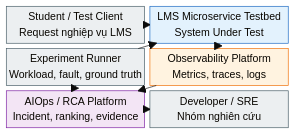
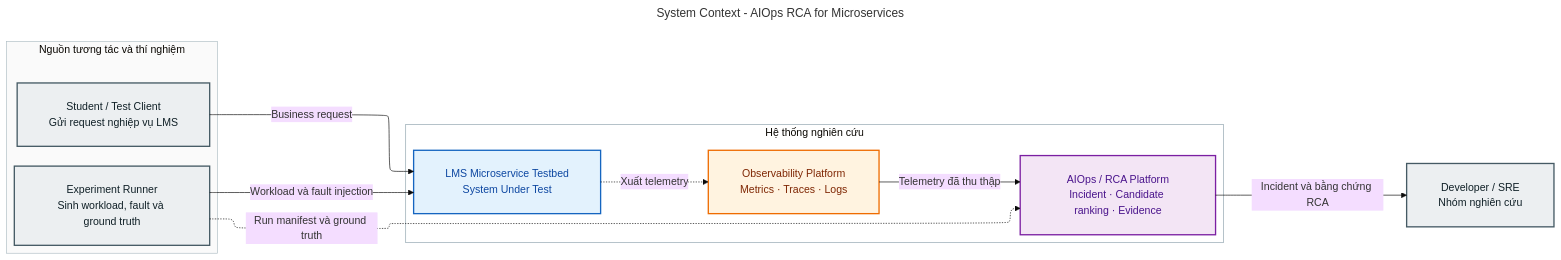
The diagram in docs/processed/architecture/diagrams/system-context-v1.mmd (Minhduc7904/DO_AN_TOT_NGHIEP), drawn with Mermaid before and after one commit. The commit also changed 33 other files, not shown here.

First line of the commit message:
Add system architecture diagrams for AIOps RCA project

```diff
--- a/docs/processed/architecture/diagrams/system-context-v1.mmd
+++ b/docs/processed/architecture/diagrams/system-context-v1.mmd
@@ -1,27 +1,48 @@
 ---
 title: System Context - AIOps RCA for Microservices
 config:
   theme: base
+  layout: elk
+  flowchart:
+    curve: basis
+    nodeSpacing: 80
+    rankSpacing: 110
+    diagramPadding: 40
+    padding: 24
 ---
-block-beta
-    columns 2
-    CLIENT["Student / Test Client\nRequest nghiệp vụ LMS"]
-    LMS["LMS Microservice Testbed\nSystem Under Test"]
-    RUNNER["Experiment Runner\nWorkload, fault, ground truth"]
-    OBS["Observability Platform\nMetrics, traces, logs"]
-    RCA["AIOps / RCA Platform\nIncident, ranking, evidence"]
-    USERS["Developer / SRE\nNhóm nghiên cứu"]
+flowchart LR
+    subgraph ACTORS["Nguồn tương tác và thí nghiệm"]
+        direction TB
+        CLIENT["Student / Test Client<br/>Gửi request nghiệp vụ LMS"]
+        RUNNER["Experiment Runner<br/>Sinh workload, fault và ground truth"]
+    end
 
-    CLIENT --> LMS
-    RUNNER --> LMS
-    RUNNER --> RCA
-    LMS -.-> OBS
-    OBS --> RCA
-    RCA --> USERS
+    subgraph PLATFORM["Hệ thống nghiên cứu"]
+        direction LR
+        LMS["LMS Microservice Testbed<br/>System Under Test"]
+        OBS["Observability Platform<br/>Metrics · Traces · Logs"]
+        RCA["AIOps / RCA Platform<br/>Incident · Candidate ranking · Evidence"]
 
-    style CLIENT fill:#ECEFF1,stroke:#455A64,color:#102027
-    style RUNNER fill:#ECEFF1,stroke:#455A64,color:#102027
-    style USERS fill:#ECEFF1,stroke:#455A64,color:#102027
-    style LMS fill:#E3F2FD,stroke:#1565C0,color:#0D47A1
-    style OBS fill:#FFF3E0,stroke:#EF6C00,color:#7F2704
-    style RCA fill:#F3E5F5,stroke:#7B1FA2,color:#4A148C
+        LMS -. "Xuất telemetry" .-> OBS
+        OBS -- "Telemetry đã thu thập" --> RCA
+    end
+
+    USERS["Developer / SRE<br/>Nhóm nghiên cứu"]
+
+    CLIENT -- "Business request" --> LMS
+    RUNNER -- "Workload và fault injection" --> LMS
+    RUNNER -. "Run manifest và ground truth" .-> RCA
+    RCA -- "Incident và bằng chứng RCA" --> USERS
+
+    classDef actor fill:#ECEFF1,stroke:#455A64,color:#102027,stroke-width:2px
+    classDef lms fill:#E3F2FD,stroke:#1565C0,color:#0D47A1,stroke-width:2px
+    classDef telemetry fill:#FFF3E0,stroke:#EF6C00,color:#7F2704,stroke-width:2px
+    classDef analysis fill:#F3E5F5,stroke:#7B1FA2,color:#4A148C,stroke-width:2px
+
+    class CLIENT,RUNNER,USERS actor
+    class LMS lms
+    class OBS telemetry
+    class RCA analysis
+
+    style ACTORS fill:#FAFAFA,stroke:#B0BEC5,stroke-width:1px
+    style PLATFORM fill:#FFFFFF,stroke:#90A4AE,stroke-width:1px
```
